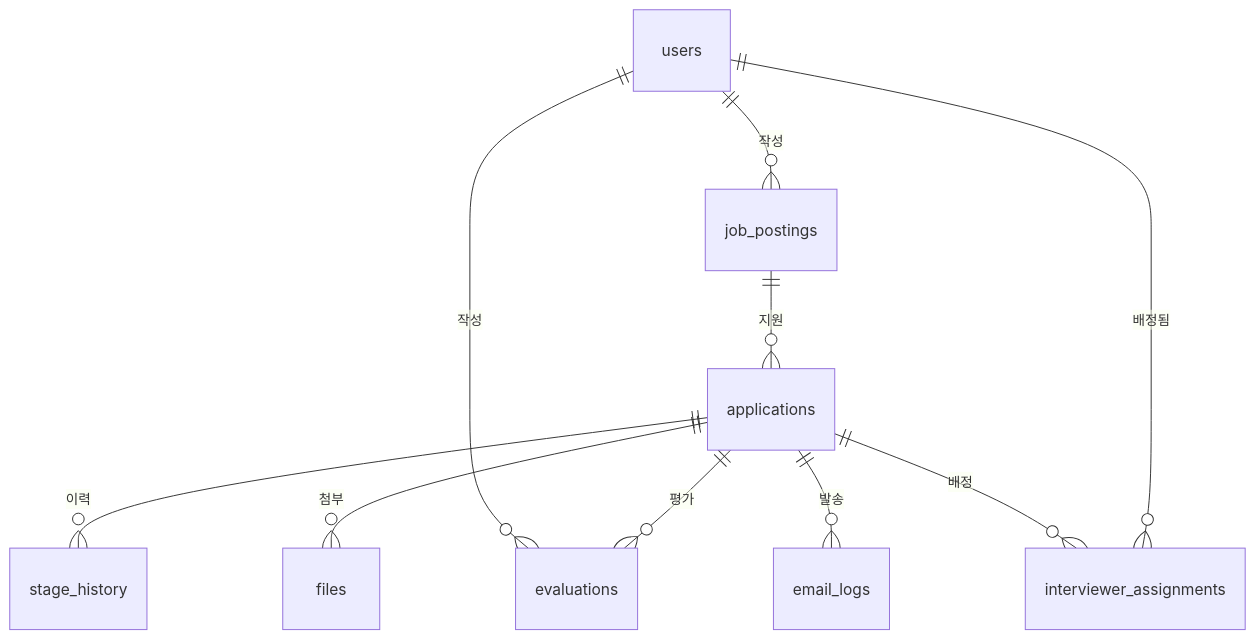
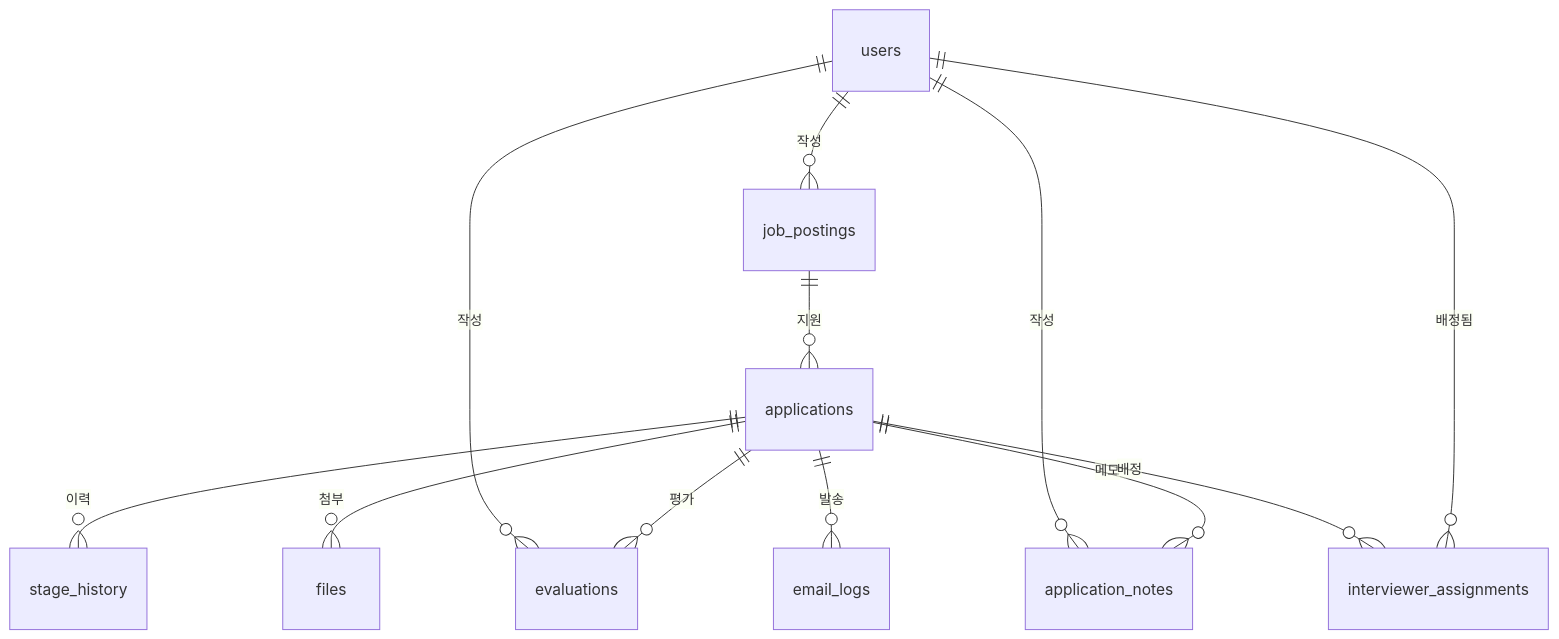
The diagram in docs/01-erd.md (Seuk-Team/Arda), drawn with Mermaid before and after one commit. The commit also changed other lines of this file and 3 other files, not shown here.

````diff
--- a/docs/01-erd.md
+++ b/docs/01-erd.md
@@ -12,12 +12,14 @@
 ```mermaid
 erDiagram
     users ||--o{ job_postings : "작성"
     job_postings ||--o{ applications : "지원"
     applications ||--o{ stage_history : "이력"
     applications ||--o{ evaluations : "평가"
+    applications ||--o{ application_notes : "메모"
     applications ||--o{ files : "첨부"
     applications ||--o{ email_logs : "발송"
     users ||--o{ evaluations : "작성"
+    users ||--o{ application_notes : "작성"
     users ||--o{ interviewer_assignments : "배정됨"
     applications ||--o{ interviewer_assignments : "배정"
 ```
````
